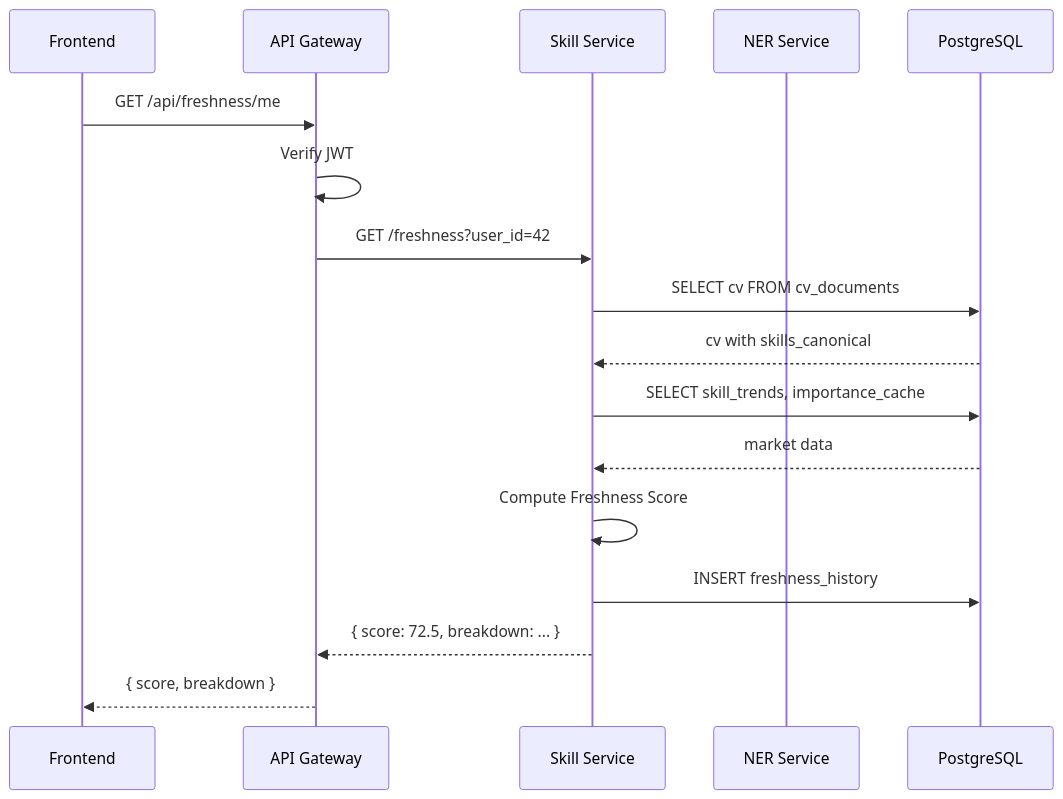
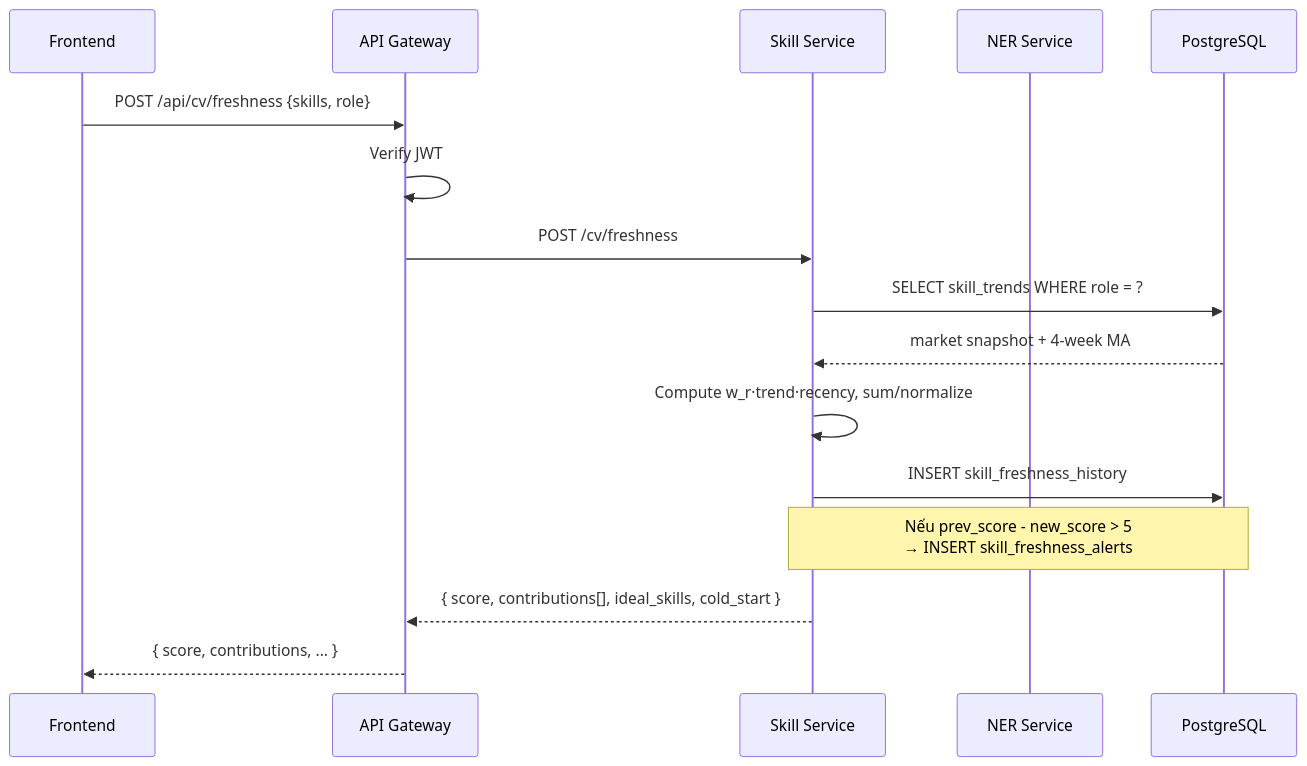
One commit to dungken/cv-assistant changed the second of 3 diagrams in thesis_report/chuong3/3.6_thiet_ke_kien_truc.md. Above: the diagram before and after it, drawn with Mermaid. The commit also changed other lines of this file and 15 other files, not shown here.

Commit message:
feat: implement skill freshness engine and learning path optimizer with DP, greedy, and Dijkstra strategies

````diff
--- a/thesis_report/chuong3/3.6_thiet_ke_kien_truc.md
+++ b/thesis_report/chuong3/3.6_thiet_ke_kien_truc.md
@@ -194,20 +202,19 @@
 ```mermaid
 sequenceDiagram
     participant FE as Frontend
     participant GW as API Gateway
     participant SK as Skill Service
     participant NER as NER Service
     participant DB as PostgreSQL
 
-    FE->>GW: GET /api/freshness/me
+    FE->>GW: POST /api/cv/freshness {skills, role}
     GW->>GW: Verify JWT
-    GW->>SK: GET /freshness?user_id=42
-    SK->>DB: SELECT cv FROM cv_documents
-    DB-->>SK: cv with skills_canonical
-    SK->>DB: SELECT skill_trends, importance_cache
-    DB-->>SK: market data
-    SK->>SK: Compute Freshness Score
-    SK->>DB: INSERT freshness_history
-    SK-->>GW: { score: 72.5, breakdown: ... }
-    GW-->>FE: { score, breakdown }
+    GW->>SK: POST /cv/freshness
+    SK->>DB: SELECT skill_trends WHERE role = ?
+    DB-->>SK: market snapshot + 4-week MA
+    SK->>SK: Compute w_r·trend·recency, sum/normalize
+    SK->>DB: INSERT skill_freshness_history
+    Note over SK,DB: Nếu prev_score - new_score > 5<br/>→ INSERT skill_freshness_alerts
+    SK-->>GW: { score, contributions[], ideal_skills, cold_start }
+    GW-->>FE: { score, contributions, ... }
 ```
````
